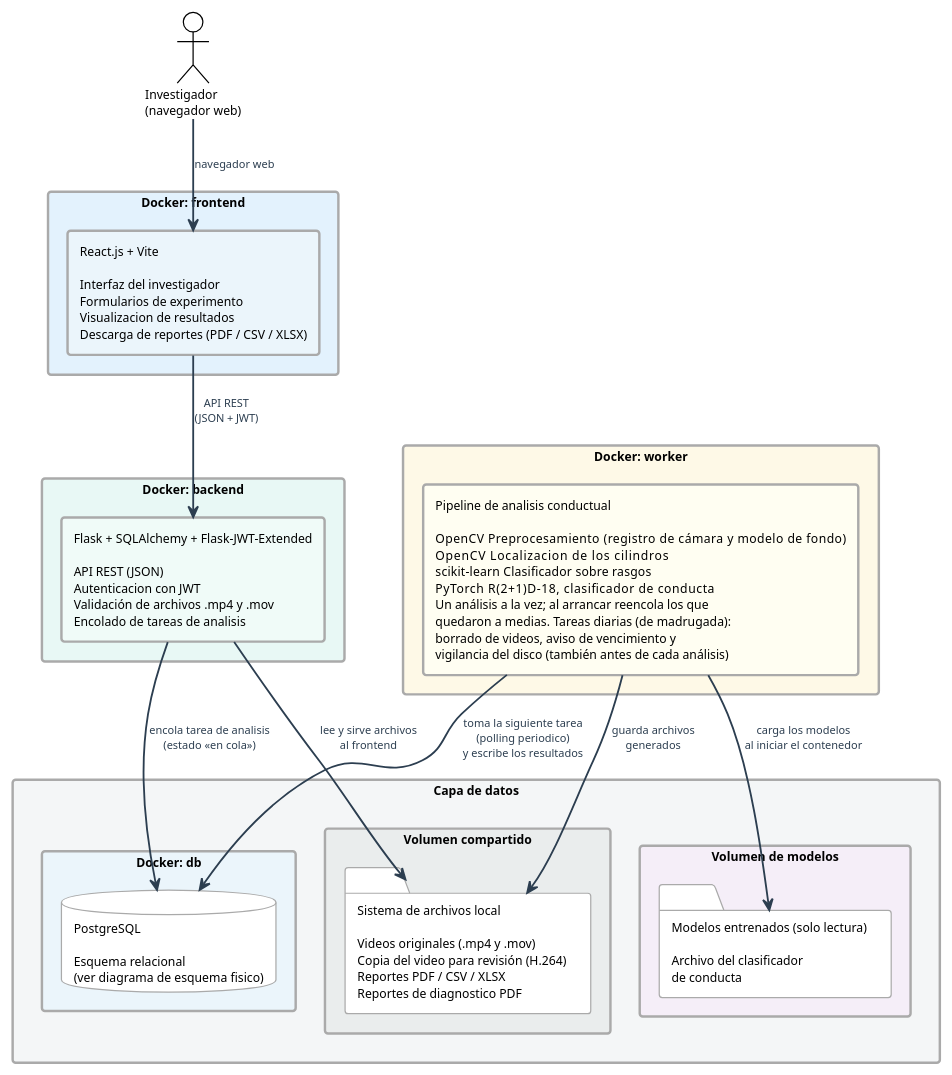
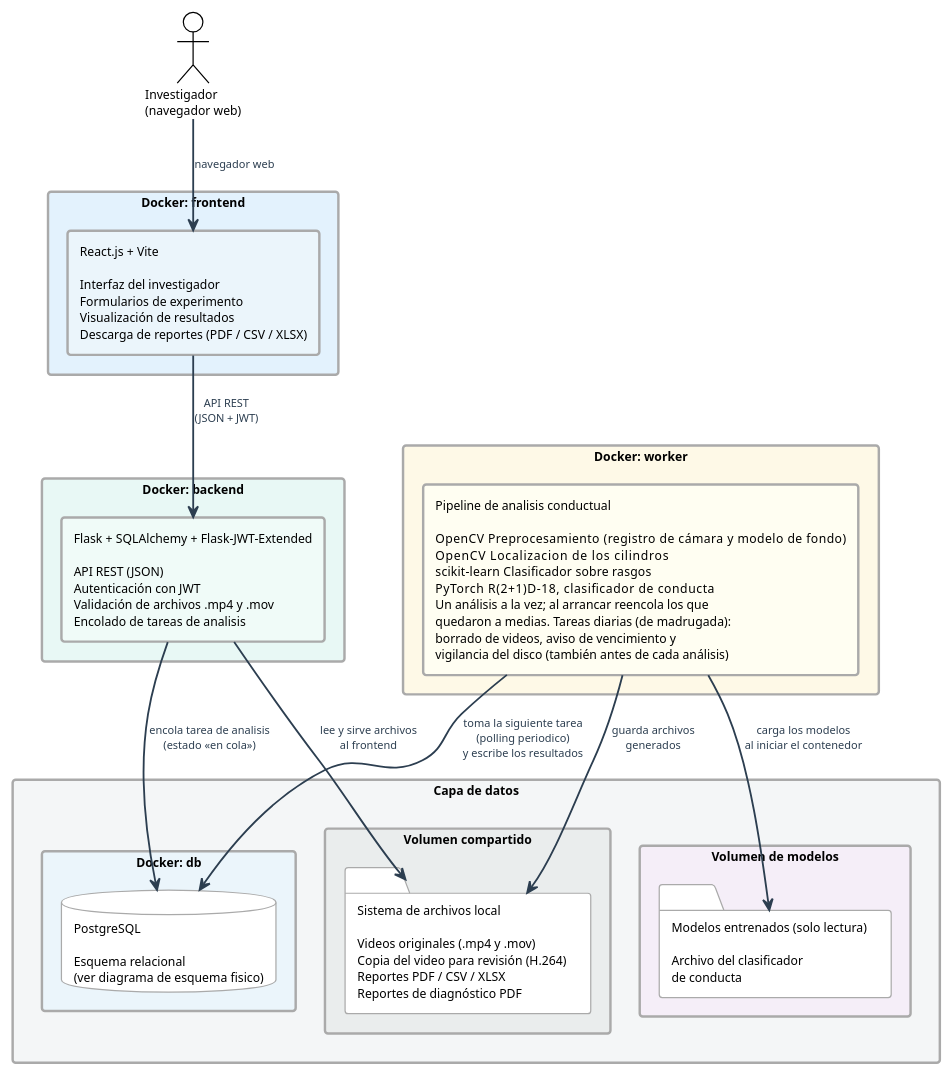
Before and after one commit to ErickJester/fst-ai-system-latex: the diagram in diagramas/arquitectura_software.puml, drawn with PlantUML. The commit also changed 30 other files, not shown here.

```diff
--- a/diagramas/arquitectura_software.puml
+++ b/diagramas/arquitectura_software.puml
@@ -1,122 +1,122 @@
 @startuml arquitectura_software
 ' ============================================================
 '  Arquitectura de software por capas — FST
 '  TT 2026-B066 | ESCOM-IPN
 ' ------------------------------------------------------------
 '  Corrige dos cosas desactualizadas del diagrama viejo, con
 '  fuente en chapters/05_diseno.tex:26-49 (Arquitectura general):
 '
 '  - Quita el contenedor Redis y la cola de mensajes. El texto
 '    dice "tres capas... frontend, backend y base de datos. Un
 '    cuarto contenedor -el worker-" -- CUATRO contenedores, nunca
 '    cinco, y Redis no aparece en NINGUN capitulo (se buscó en los
 '    ocho .tex). El mecanismo real, confirmado también en CU-07
 '    (05_diseno.tex:1452) y en la tabla de trabajos (05_diseno.tex:
 '    1276), es polling: el backend inserta la tarea en la tabla de
 '    analisis con estado "en cola" (D-15) y el Worker la toma en su
 '    siguiente ciclo de polling -- sin cola de mensajes aparte.
 '
 '  - Agrega el volumen de modelos entrenados, que el diagrama viejo
 '    no tenia: "el archivo del clasificador de conducta reside en un
 '    volumen Docker dedicado que el worker monta al arrancar el
 '    contenedor" (05_diseno.tex:45-48) -- distinto del volumen
 '    compartido de videos/reportes, y de solo lectura para el Worker.
 '
 '  - 5-oct: el worker ya no usa YOLOv8, ByteTrack ni ResNet-18/50
 '    (CLA-02/CLA-03). El pipeline real (fst_auto) localiza los
 '    cilindros por sustraccion de fondo y clasifica con un modelo
 '    sobre rasgos (scikit-learn) o la R(2+1)D-18 (PyTorch); cual de
 '    los dos queda se decide en TT-II, por eso el volumen no nombra
 '    un archivo concreto.
 '
 '  - Quita la lista de las 12 tablas viejas (USUARIOS, EXPERIMENTOS,
 '    TRABAJOS, ANIMALES, SUJETOS, ROIS...) del contenedor de base de
 '    datos -- ya no existen (ver MIGRACION-DIAGRAMAS.md SS2). Se
 '    remite al diagrama de esquema físico en vez de repetir aquí las
 '    15 relaciones del modelo nuevo, para no duplicar mantenimiento
 '    entre dos diagramas.
 '
 '  Generar:
 '      java -jar plantuml.jar -tpng diagramas/arquitectura_software.puml
 ' ============================================================
 
 !theme plain
 skinparam defaultFontName Arial
 skinparam defaultFontSize 10
 skinparam shadowing false
 skinparam BackgroundColor White
 skinparam ArrowColor      #2C3E50
 skinparam ArrowThickness  1.5
 skinparam ArrowFontSize   9
 skinparam ArrowFontColor  #2C3E50
 skinparam RectangleBorderThickness 2
 skinparam RectangleBorderColor     #AAAAAA
 skinparam QueueBorderColor         #AAAAAA
 skinparam DatabaseBorderColor      #AAAAAA
 skinparam FolderBorderColor        #AAAAAA
 
 top to bottom direction
 
 ' ═══════════════════════════════════════════════════════════
 '  ACTOR
 ' ═══════════════════════════════════════════════════════════
 
 actor "Investigador\n(navegador web)" as INV
 
 ' ═══════════════════════════════════════════════════════════
 '  CAPA 1 — Presentacion
 ' ═══════════════════════════════════════════════════════════
 
 rectangle "Docker: frontend" as C_FE #E3F2FD {
-  rectangle "React.js + Vite\n\nInterfaz del investigador\nFormularios de experimento\nVisualizacion de resultados\nDescarga de reportes (PDF / CSV / XLSX)" as FE #EBF5FB
+  rectangle "React.js + Vite\n\nInterfaz del investigador\nFormularios de experimento\nVisualización de resultados\nDescarga de reportes (PDF / CSV / XLSX)" as FE #EBF5FB
 }
 
 ' ═══════════════════════════════════════════════════════════
 '  CAPA 2 — Logica de negocio
 ' ═══════════════════════════════════════════════════════════
 
 rectangle "Docker: backend" as C_BE #E8F8F5 {
-  rectangle "Flask + SQLAlchemy + Flask-JWT-Extended\n\nAPI REST (JSON)\nAutenticacion con JWT\nValidación de archivos .mp4 y .mov\nEncolado de tareas de analisis" as BE #F0FBF8
+  rectangle "Flask + SQLAlchemy + Flask-JWT-Extended\n\nAPI REST (JSON)\nAutenticación con JWT\nValidación de archivos .mp4 y .mov\nEncolado de tareas de analisis" as BE #F0FBF8
 }
 
 ' ═══════════════════════════════════════════════════════════
 '  CAPA 3 — Procesamiento asincrono
 ' ═══════════════════════════════════════════════════════════
 
 rectangle "Docker: worker" as C_WK #FEF9E7 {
   rectangle "Pipeline de analisis conductual\n\nOpenCV         Preprocesamiento (registro de cámara y modelo de fondo)\nOpenCV         Localizacion de los cilindros\nscikit-learn   Clasificador sobre rasgos\nPyTorch        R(2+1)D-18, clasificador de conducta\nUn análisis a la vez; al arrancar reencola los que\nquedaron a medias. Tareas diarias (de madrugada):\nborrado de videos, aviso de vencimiento y\nvigilancia del disco (también antes de cada análisis)" as WK #FFFEF2
 }
 
 ' ═══════════════════════════════════════════════════════════
 '  CAPA 4 — Datos (PostgreSQL · Archivos · Modelos entrenados)
 ' ═══════════════════════════════════════════════════════════
 
 rectangle "Capa de datos" as DATOS #F4F6F7 {
 
   rectangle "Docker: db" as C_DB #EBF5FB {
     database "PostgreSQL\n\nEsquema relacional\n(ver diagrama de esquema fisico)" as DB
   }
 
   rectangle "Volumen compartido" as C_FS #EAEDED {
-    folder "Sistema de archivos local\n\nVideos originales (.mp4 y .mov)\nCopia del video para revisión (H.264)\nReportes PDF / CSV / XLSX\nReportes de diagnostico PDF" as FS
+    folder "Sistema de archivos local\n\nVideos originales (.mp4 y .mov)\nCopia del video para revisión (H.264)\nReportes PDF / CSV / XLSX\nReportes de diagnóstico PDF" as FS
   }
 
   rectangle "Volumen de modelos" as C_MD #F5EEF8 {
     folder "Modelos entrenados (solo lectura)\n\nArchivo del clasificador\nde conducta" as MD
   }
 
 }
 
 ' ═══════════════════════════════════════════════════════════
 '  RELACIONES
 ' ═══════════════════════════════════════════════════════════
 
 INV  -down->  FE  : "navegador web"
 FE   -down->  BE  : "API REST\n(JSON + JWT)"
 BE   -down->  DB  : "encola tarea de analisis\n(estado «en cola»)"
 WK   -->      DB  : "toma la siguiente tarea\n(polling periodico)\ny escribe los resultados"
 WK   -->      FS  : "guarda archivos\ngenerados"
 BE   -->      FS  : "lee y sirve archivos\nal frontend"
 WK   -->      MD  : "carga los modelos\nal iniciar el contenedor"
 
 @enduml
```
